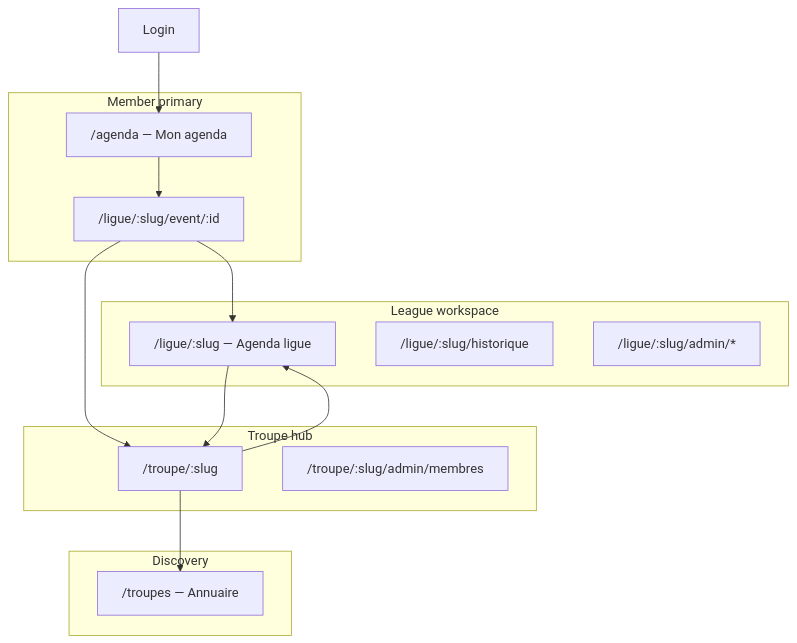
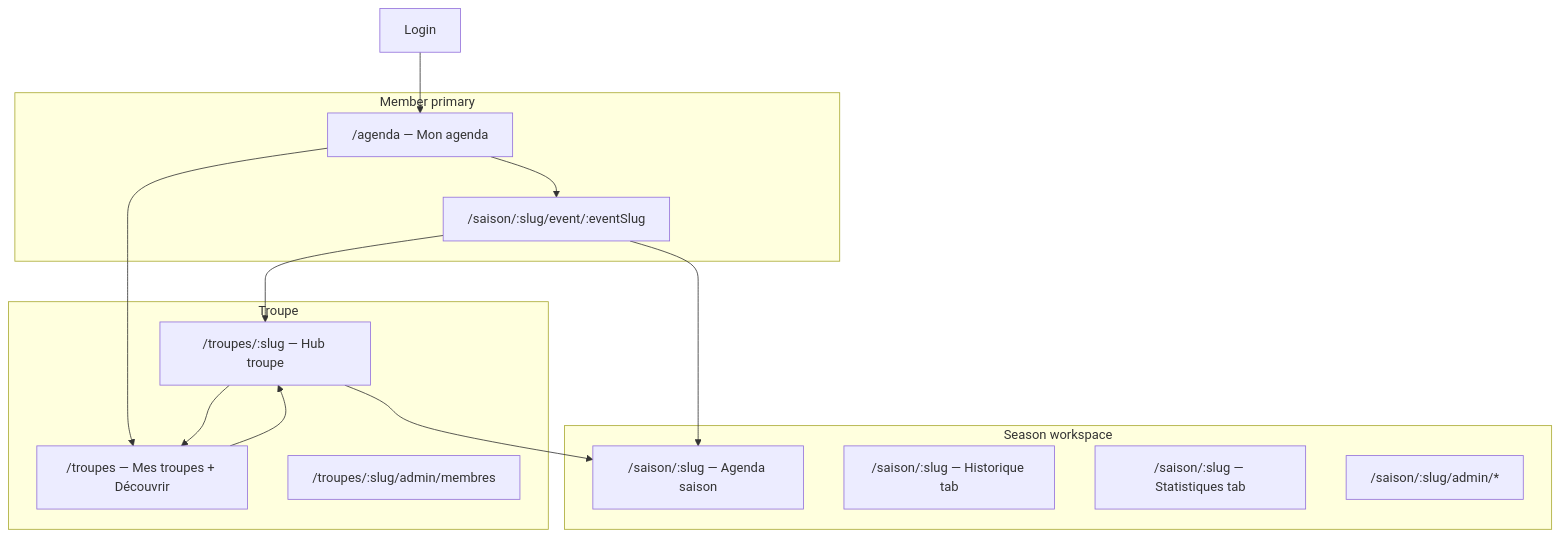
Before and after one commit to plamarque/hatcast: the diagram in _bmad-output/planning-artifacts/ux-design-journey-league-agenda.md, drawn with Mermaid. The commit also changed other lines of this file and 7 other files, not shown here.

````diff
--- a/_bmad-output/planning-artifacts/ux-design-journey-league-agenda.md
+++ b/_bmad-output/planning-artifacts/ux-design-journey-league-agenda.md
@@ -37,26 +72,26 @@
 ```mermaid
 flowchart TB
   subgraph member [Member primary]
     Agenda["/agenda — Mon agenda"]
-    Event["/ligue/:slug/event/:id"]
+    Event["/saison/:slug/event/:eventSlug"]
   end
-  subgraph league [League workspace]
-    LAgenda["/ligue/:slug — Agenda ligue"]
-    LHist["/ligue/:slug/historique"]
-    LAdmin["/ligue/:slug/admin/*"]
+  subgraph season [Season workspace]
+    SAgenda["/saison/:slug — Agenda saison"]
+    SHist["/saison/:slug — Historique tab"]
+    SStats["/saison/:slug — Statistiques tab"]
+    SAdmin["/saison/:slug/admin/*"]
   end
-  subgraph troupe [Troupe hub]
-    THub["/troupe/:slug"]
-    TMembres["/troupe/:slug/admin/membres"]
-  end
-  subgraph public [Discovery]
-    Dir["/troupes — Annuaire"]
+  subgraph troupe [Troupe]
+    TList["/troupes — Mes troupes + Découvrir"]
+    THub["/troupes/:slug — Hub troupe"]
+    TMembres["/troupes/:slug/admin/membres"]
   end
   Login --> Agenda
   Agenda --> Event
-  Event --> LAgenda
+  Agenda --> TList
+  TList --> THub
+  Event --> SAgenda
   Event --> THub
-  LAgenda --> THub
-  THub --> Dir
-  THub --> LAgenda
+  THub --> SAgenda
+  THub --> TList
 ```
````
